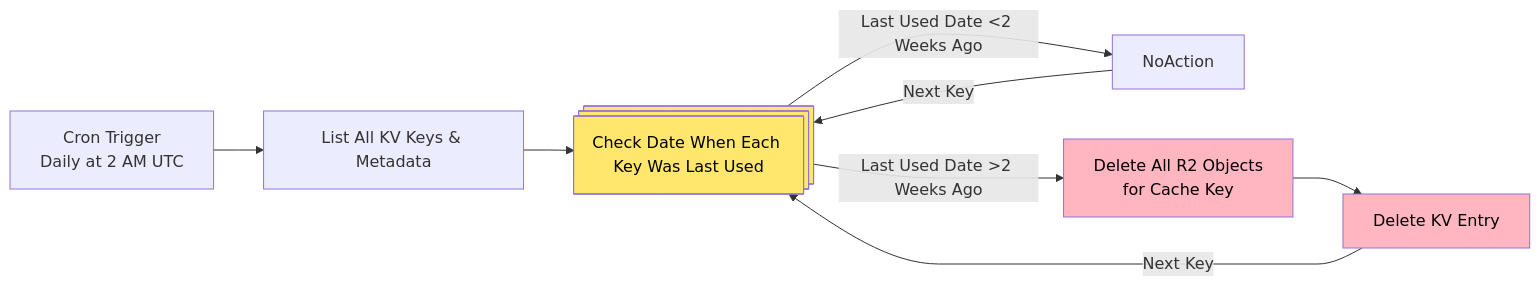
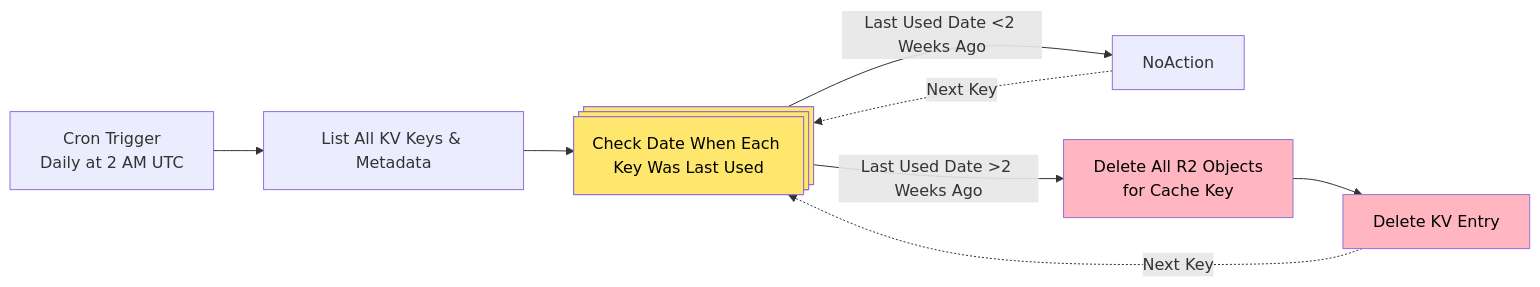
Before and after one commit to connorshinn/unsplash-Backgrounds: the second of 2 diagrams in README.md, drawn with Mermaid. The commit also changed other lines of this file, not shown here.

````diff
--- a/README.md
+++ b/README.md
@@ -226,17 +214,16 @@
 ```mermaid
-%%{ init: { 'flowchart': { 'curve': 'monotoneX' } } }%%
-flowchart LR
-    %% Scheduled Cleanup
-    CronTrigger[Cron Trigger<br/>Daily at 2 AM UTC]
-    CronTrigger --> ListKeys[List All KV Keys & Metadata]
-    ListKeys --> IterateKeys
-    IterateKeys@{ shape: procs, label: "Check Date When Each Key Was Last Used"} -->|Last Used Date <2 Weeks Ago|NoAction
-    IterateKeys@{ shape: procs, label: "Check Date When Each Key Was Last Used"} -->|Last Used Date >2 Weeks Ago|DeleteR2[Delete All R2 Objects<br/>for Cache Key]
-    DeleteR2 --> DeleteKV[Delete KV Entry]
-    DeleteKV --> |Next Key| IterateKeys
-    NoAction -->|Next Key| IterateKeys
+flowchart LR;
+    %% Scheduled Cleanup;
+    CronTrigger[Cron Trigger<br/>Daily at 2 AM UTC];
+    CronTrigger --> ListKeys[List All KV Keys & Metadata];
+    ListKeys --> IterateKeys;
+    IterateKeys@{ shape: procs, label: "Check Date When Each Key Was Last Used"} -->|Last Used Date <2 Weeks Ago|NoAction;
+    IterateKeys@{ shape: procs, label: "Check Date When Each Key Was Last Used"} -->|Last Used Date >2 Weeks Ago|DeleteR2[Delete All R2 Objects<br/>for Cache Key];
+    DeleteR2 --> DeleteKV[Delete KV Entry];
+    DeleteKV -.-> |Next Key| IterateKeys;
+    NoAction -.->|Next Key| IterateKeys;
 
-    style IterateKeys fill:#FFE66D,color:#000000
-    style DeleteR2 fill:#FFB6C1,color:#000000
+    style IterateKeys fill:#FFE66D,color:#000000;
+    style DeleteR2 fill:#FFB6C1,color:#000000;
     style DeleteKV fill:#FFB6C1,color:#000000
 ```
````
